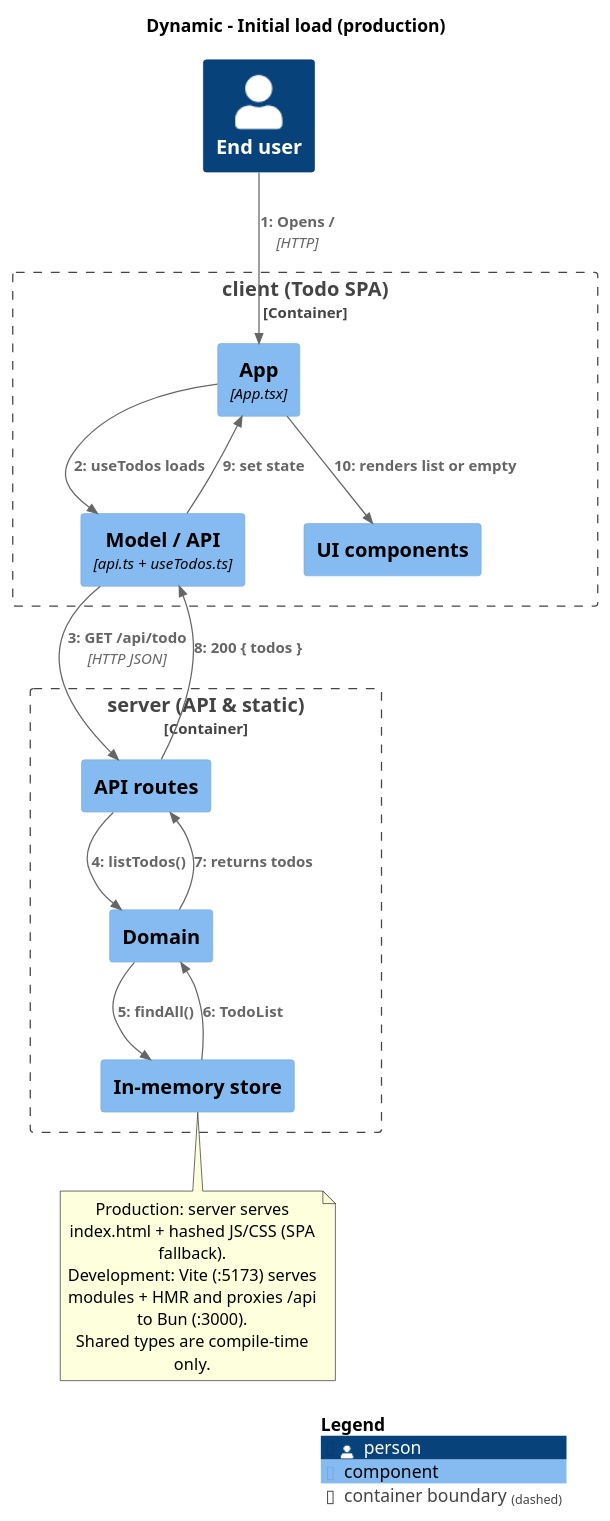
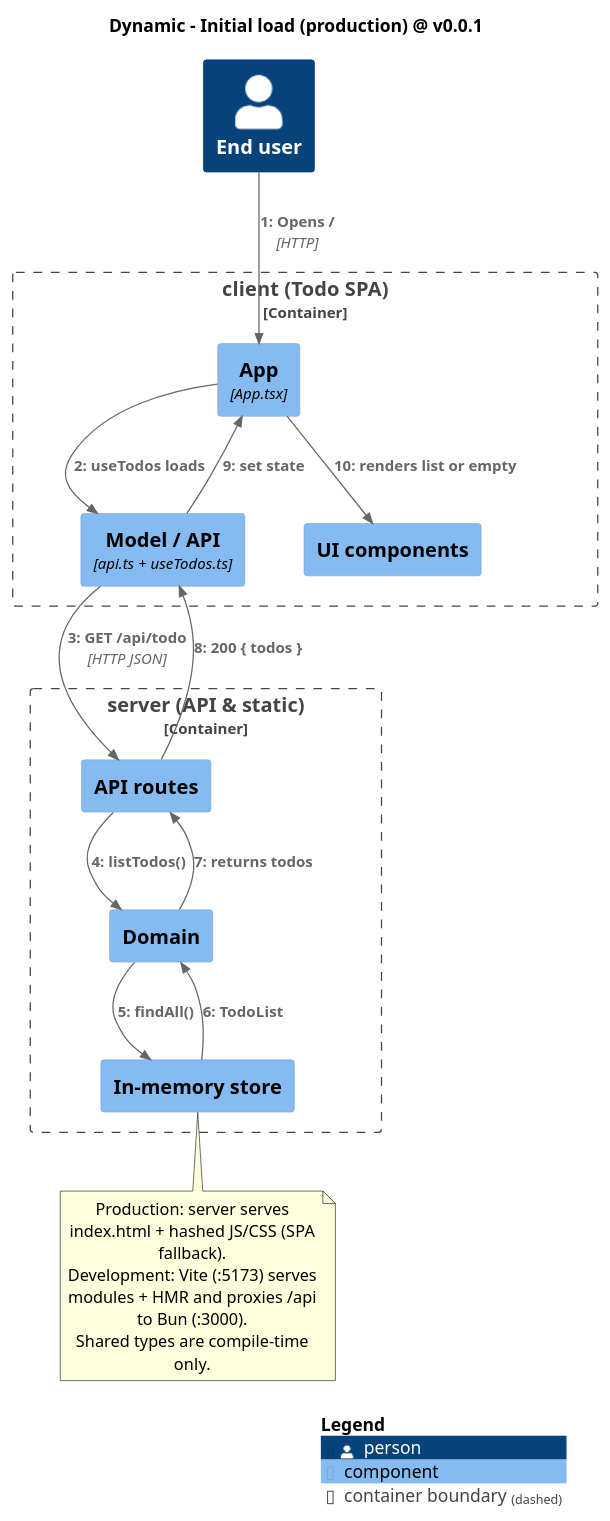
One commit to MemoryIt/todo changed the diagram in docs/architecture/diagrams/05a-dynamic-initial-load.puml. Above: the diagram before and after it, drawn with PlantUML. The commit also changed 10 other files, not shown here.

Commit message:
docs(diagrams): add the v0.0.1 version anchor to diagram titles

```diff
--- a/docs/architecture/diagrams/05a-dynamic-initial-load.puml
+++ b/docs/architecture/diagrams/05a-dynamic-initial-load.puml
@@ -1,37 +1,37 @@
 @startuml
 !include <C4/C4_Dynamic>
-title Dynamic - Initial load (production)
+title Dynamic - Initial load (production) @ v0.0.1
 
 Person(user, "End user")
 
 Container_Boundary(c, "client (Todo SPA)") {
   Component(app, "App", "App.tsx")
   Component(model, "Model / API", "api.ts + useTodos.ts")
   Component(ui, "UI components")
 }
 
 Container_Boundary(s, "server (API & static)") {
   Component(api, "API routes")
   Component(domain, "Domain")
   Component(store, "In-memory store")
 }
 
 Rel(user, app, "Opens /", "HTTP")
 Rel(app, model, "useTodos loads")
 Rel(model, api, "GET /api/todo", "HTTP JSON")
 Rel(api, domain, "listTodos()")
 Rel(domain, store, "findAll()")
 Rel(store, domain, "TodoList")
 Rel(domain, api, "returns todos")
 Rel(api, model, "200 { todos }")
 Rel(model, app, "set state")
 Rel(app, ui, "renders list or empty")
 
 note bottom
   Production: server serves index.html + hashed JS/CSS (SPA fallback).
   Development: Vite (:5173) serves modules + HMR and proxies /api to Bun (:3000).
   Shared types are compile-time only.
 end note
 
 SHOW_LEGEND()
 @enduml
```
